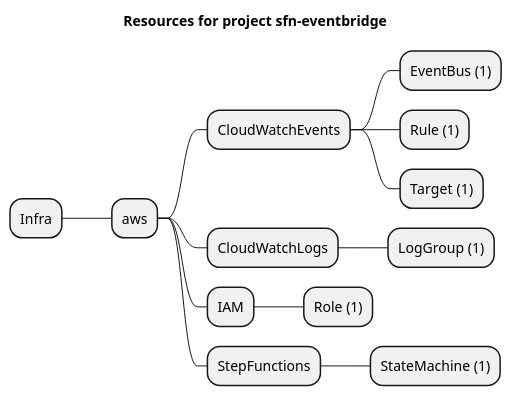
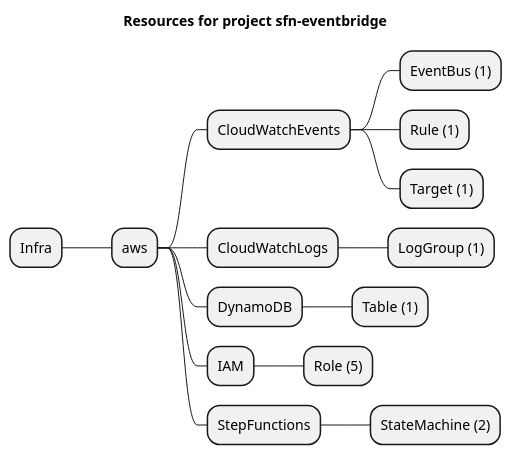
Before and after one commit to grucloud/grucloud: the diagram in examples/aws/StepFunctions/sfn-eventbridge/artifacts/resources-mindmap.puml, drawn with PlantUML. The commit also changed 8 other files, not shown here.

```diff
--- a/examples/aws/StepFunctions/sfn-eventbridge/artifacts/resources-mindmap.puml
+++ b/examples/aws/StepFunctions/sfn-eventbridge/artifacts/resources-mindmap.puml
@@ -1,16 +1,18 @@
 @startmindmap
 title Resources for project sfn-eventbridge
 skinparam monochrome true
 + Infra
 ++ aws
 +++ CloudWatchEvents
 ++++ EventBus (1)
 ++++ Rule (1)
 ++++ Target (1)
 +++ CloudWatchLogs
 ++++ LogGroup (1)
++++ DynamoDB
+++++ Table (1)
 +++ IAM
-++++ Role (1)
+++++ Role (5)
 +++ StepFunctions
-++++ StateMachine (1)
+++++ StateMachine (2)
 @endmindmap
```
